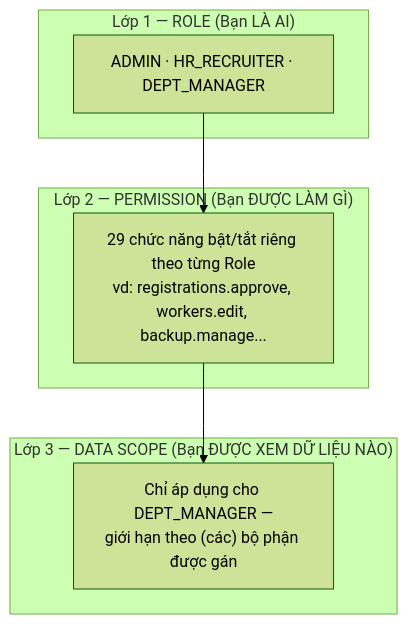
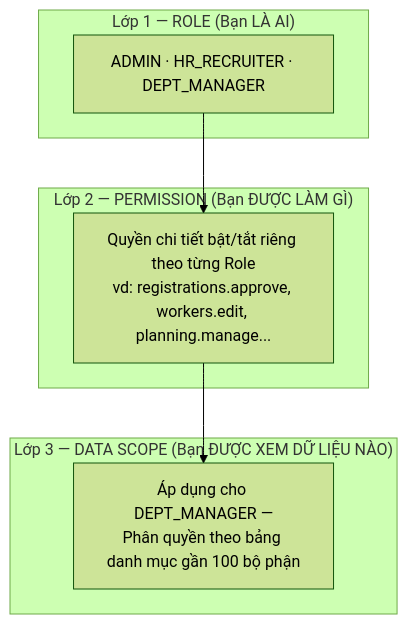
Before and after one commit to nguyenanvuong2006/seasonal-worker: the diagram in docs/user-guide/10-permissions-data-scope.md, drawn with Mermaid (forest theme). The commit also changed other lines of this file and 45 other files, not shown here.

````diff
--- a/docs/user-guide/10-permissions-data-scope.md
+++ b/docs/user-guide/10-permissions-data-scope.md
@@ -7,13 +7,13 @@
 ```mermaid
 flowchart TB
     subgraph L1["Lớp 1 — ROLE (Bạn LÀ AI)"]
         R["ADMIN · HR_RECRUITER · DEPT_MANAGER"]
     end
     subgraph L2["Lớp 2 — PERMISSION (Bạn ĐƯỢC LÀM GÌ)"]
-        P["29 chức năng bật/tắt riêng theo từng Role<br/>vd: registrations.approve, workers.edit, backup.manage..."]
+        P["Quyền chi tiết bật/tắt riêng theo từng Role<br/>vd: registrations.approve, workers.edit, planning.manage..."]
     end
     subgraph L3["Lớp 3 — DATA SCOPE (Bạn ĐƯỢC XEM DỮ LIỆU NÀO)"]
-        D["Chỉ áp dụng cho DEPT_MANAGER —<br/>giới hạn theo (các) bộ phận được gán"]
+        D["Áp dụng cho DEPT_MANAGER —<br/>Phân quyền theo bảng danh mục gần 100 bộ phận"]
     end
     R --> P --> D
 ```
````
